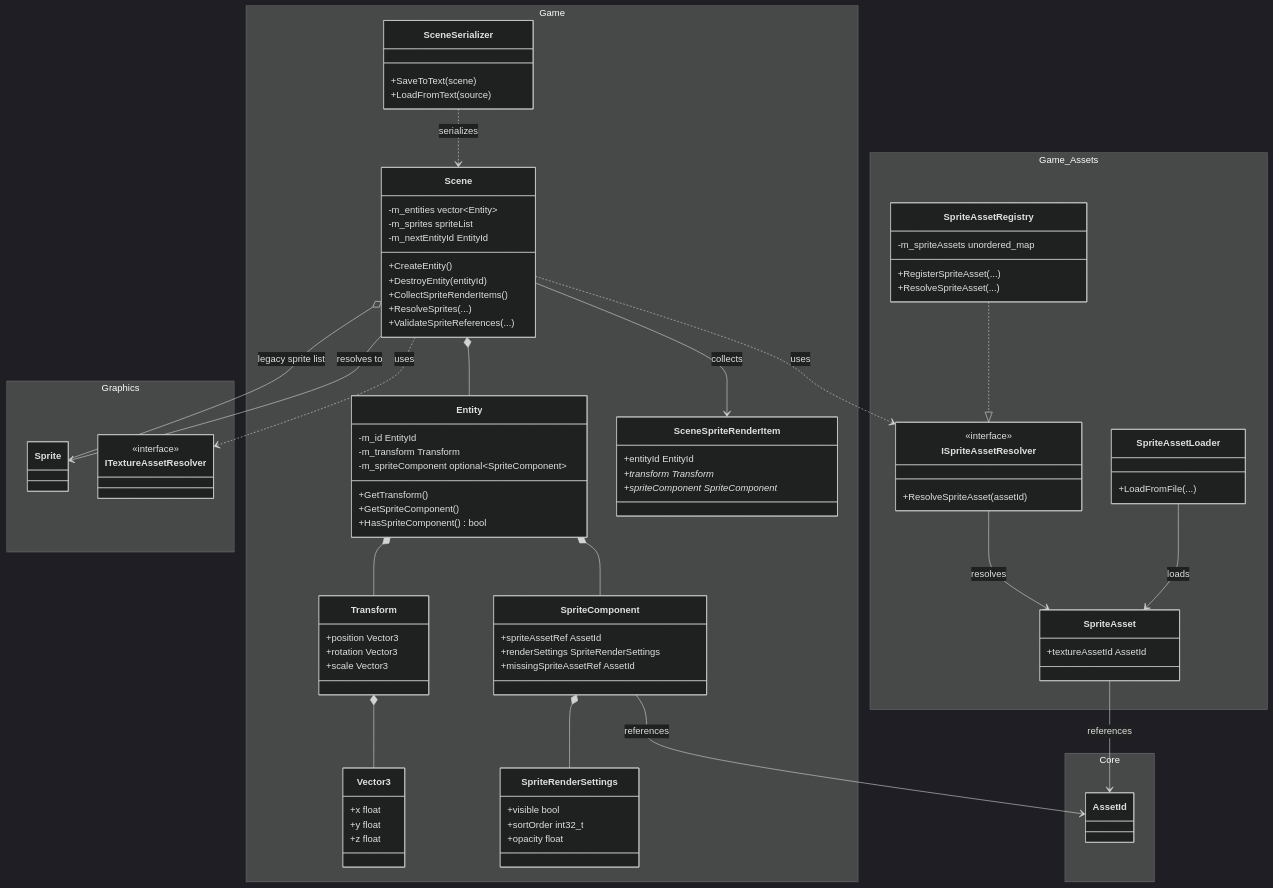
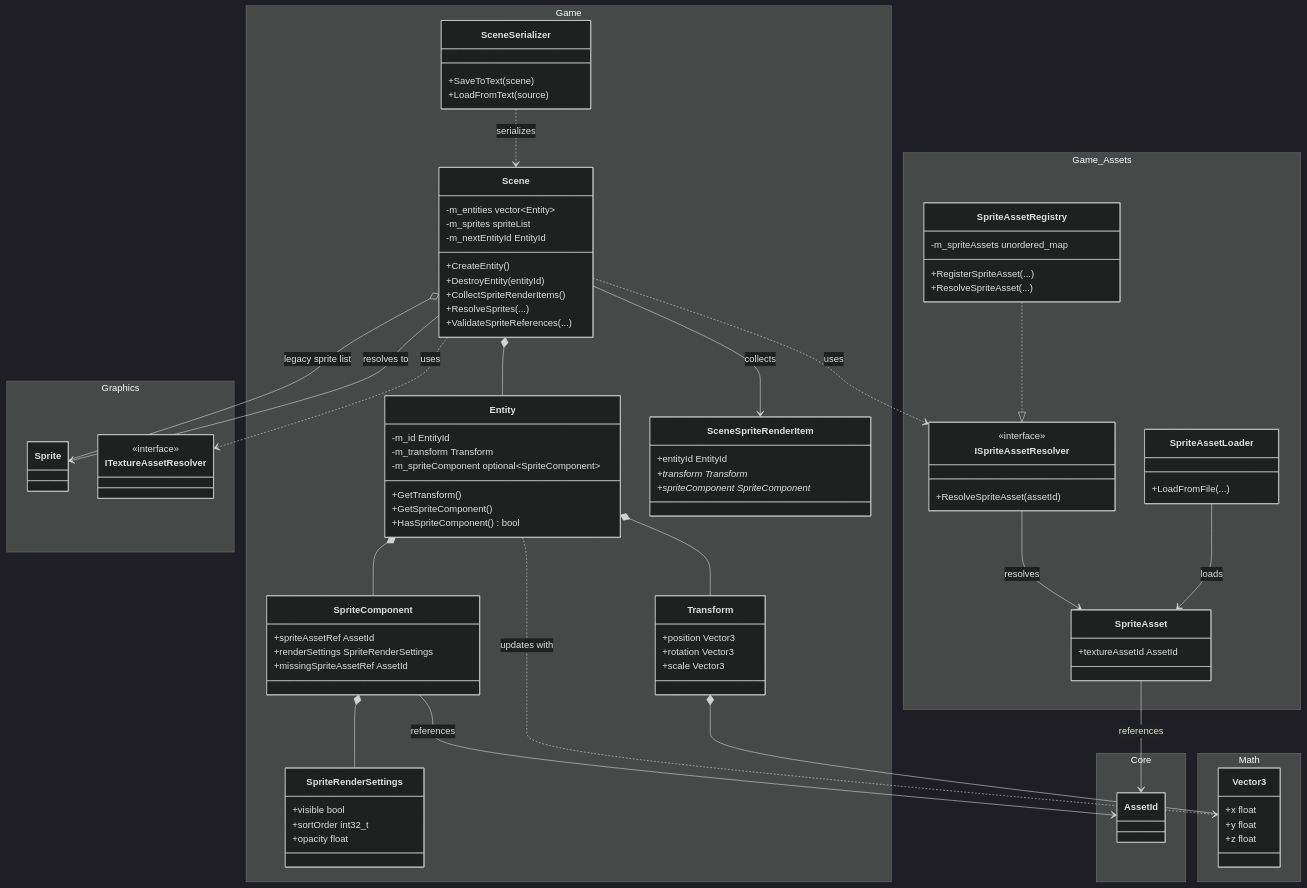
One commit to kenta-MM/Xelqoria changed the diagram in docs/class_diagram/game-class-diagram.md. Above: the diagram before and after it, drawn with Mermaid (dark theme). The commit also changed 5 other files, not shown here.

Commit message:
クラス図を更新

```diff
--- a/docs/class_diagram/game-class-diagram.md
+++ b/docs/class_diagram/game-class-diagram.md
@@ -12,6 +12,14 @@
         class Sprite
         class ITextureAssetResolver {
             <<interface>>
+        }
+    }
+
+    namespace Math {
+        class Vector3 {
+            +x float
+            +y float
+            +z float
         }
     }
 
@@ -37,12 +45,6 @@
     }
 
     namespace Game {
-        class Vector3 {
-            +x float
-            +y float
-            +z float
-        }
-
         class Transform {
             +position Vector3
             +rotation Vector3
@@ -97,6 +99,7 @@
     SpriteAsset --> AssetId : references
     ISpriteAssetResolver --> SpriteAsset : resolves
 
+    Entity ..> Vector3 : updates with
     Transform *-- Vector3
     SpriteComponent --> AssetId : references
     SpriteComponent *-- SpriteRenderSettings
```
